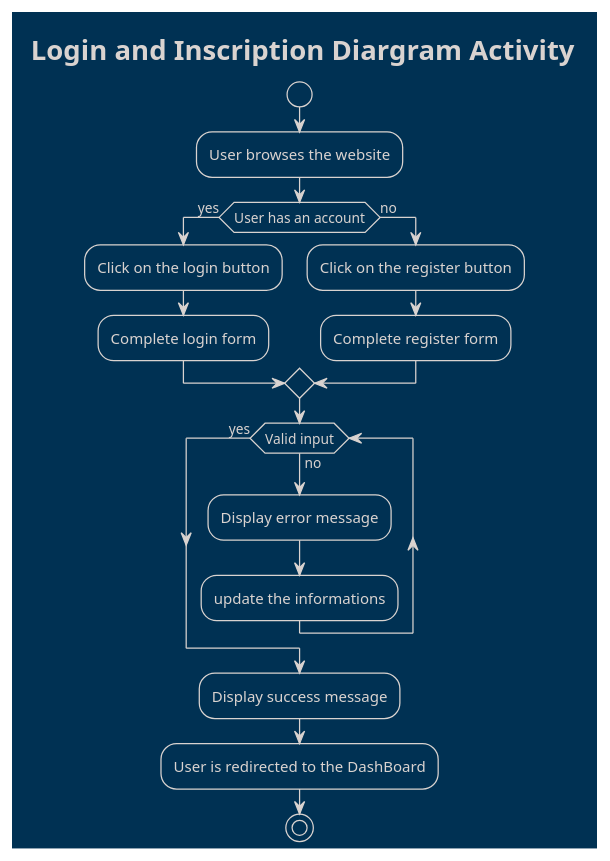
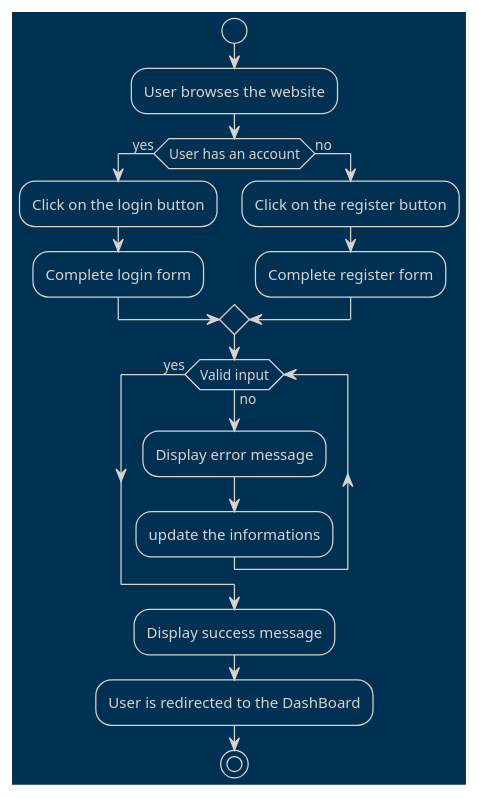
Before and after one commit to Pixeloceax/HarmonyHeaven: the diagram in diagram/activity/login.wsd, drawn with PlantUML. The commit also changed 1 other file, not shown here.

Commit message:
fix(activity): remove title

```diff
--- a/diagram/activity/login.wsd
+++ b/diagram/activity/login.wsd
@@ -1,25 +1,24 @@
 @startuml activity login and register
 !theme blueprint
-title Login and Inscription Diargram Activity
 start
 :User browses the website;
 
 if(User has an account) then (yes)
 :Click on the login button;
 :Complete login form;
 
 else (no)
 :Click on the register button;
 :Complete register form;
 endif
 while(Valid input) is (no)
 :Display error message;
 :update the informations;
 
 endwhile (yes)
 :Display success message;
 
 :User is redirected to the DashBoard;
 stop
 
 @enduml
```
